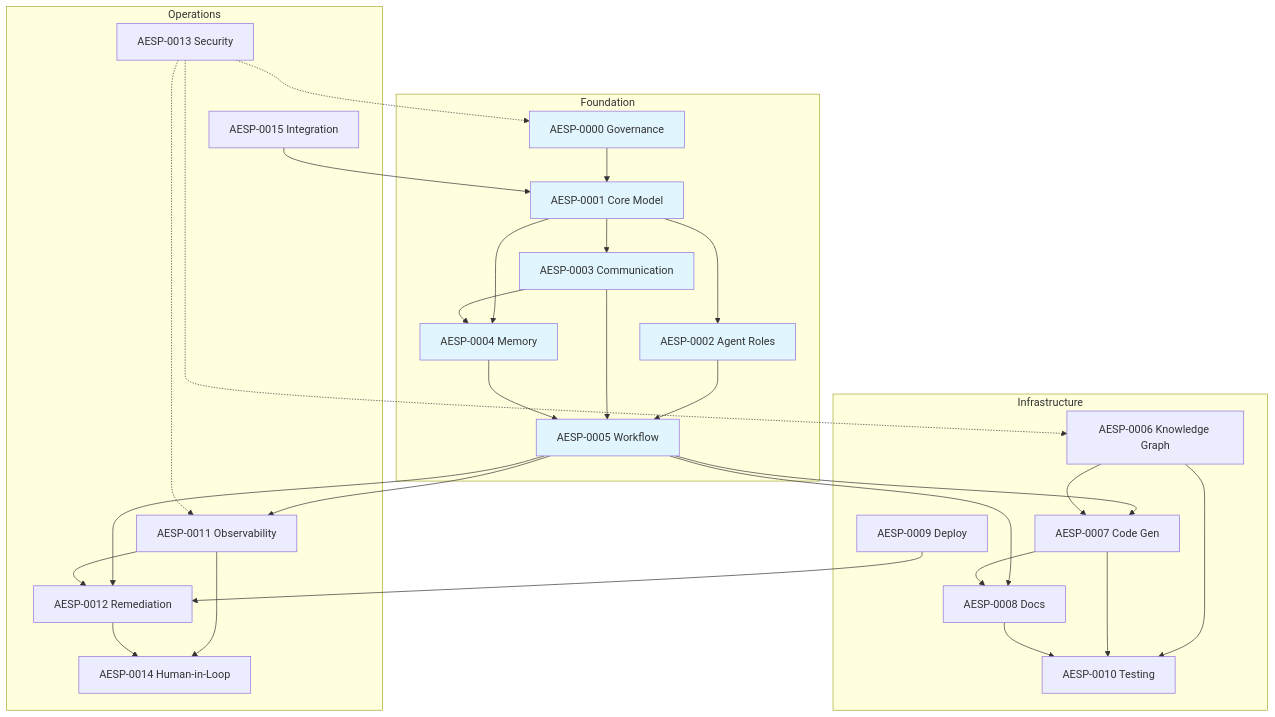
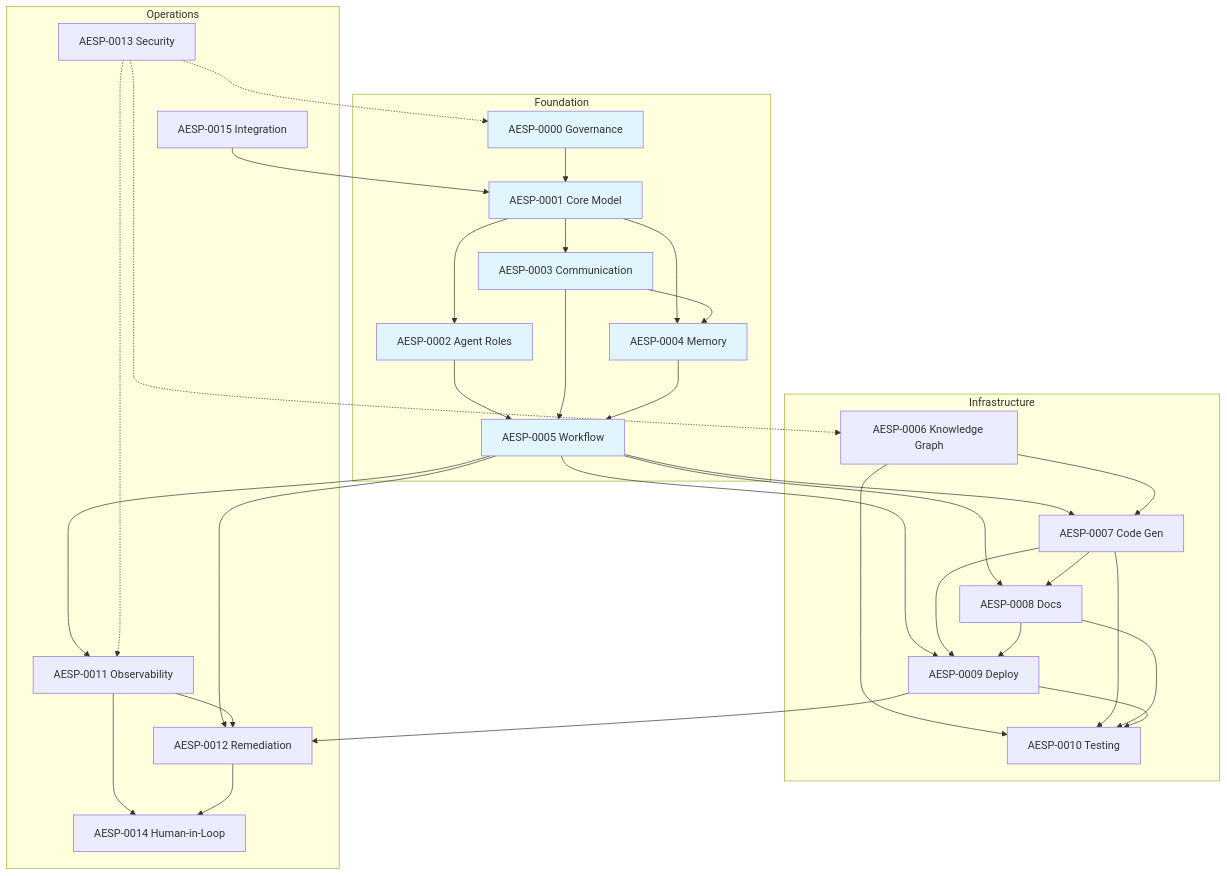
One commit to kishoreHQ/AESP changed the diagram in specification/README.md. Above: the diagram before and after it, drawn with Mermaid. The commit also changed other lines of this file and 8 other files, not shown here.

````diff
--- a/specification/README.md
+++ b/specification/README.md
@@ -58,62 +58,66 @@
 ```mermaid
 graph TD
     subgraph Foundation
         A0000[AESP-0000 Governance]
         A0001[AESP-0001 Core Model]
         A0002[AESP-0002 Agent Roles]
         A0003[AESP-0003 Communication]
         A0004[AESP-0004 Memory]
         A0005[AESP-0005 Workflow]
     end
 
     subgraph Infrastructure
         A0006[AESP-0006 Knowledge Graph]
         A0007[AESP-0007 Code Gen]
         A0008[AESP-0008 Docs]
         A0009[AESP-0009 Deploy]
         A0010[AESP-0010 Testing]
     end
 
     subgraph Operations
         A0011[AESP-0011 Observability]
         A0012[AESP-0012 Remediation]
         A0013[AESP-0013 Security]
         A0014[AESP-0014 Human-in-Loop]
         A0015[AESP-0015 Integration]
     end
 
     A0000 --> A0001
     A0001 --> A0002
     A0001 --> A0003
     A0001 --> A0004
     A0002 --> A0005
     A0003 --> A0004
     A0003 --> A0005
     A0004 --> A0005
     A0005 --> A0011
     A0005 --> A0012
     A0005 --> A0007
     A0005 --> A0008
     A0006 --> A0007
     A0007 --> A0008
+    A0005 --> A0009
+    A0007 --> A0009
+    A0008 --> A0009
 
     A0006 --> A0010
     A0007 --> A0010
     A0008 --> A0010
+    A0009 --> A0010
     A0009 --> A0012
 
     A0011 --> A0012
     A0011 --> A0014
     A0012 --> A0014
     A0013 -.-> A0000
     A0013 -.-> A0006
     A0013 -.-> A0011
     A0015 --> A0001
 
     style A0000 fill:#e1f5fe
     style A0001 fill:#e1f5fe
     style A0002 fill:#e1f5fe
     style A0003 fill:#e1f5fe
     style A0004 fill:#e1f5fe
     style A0005 fill:#e1f5fe
 ```
````
